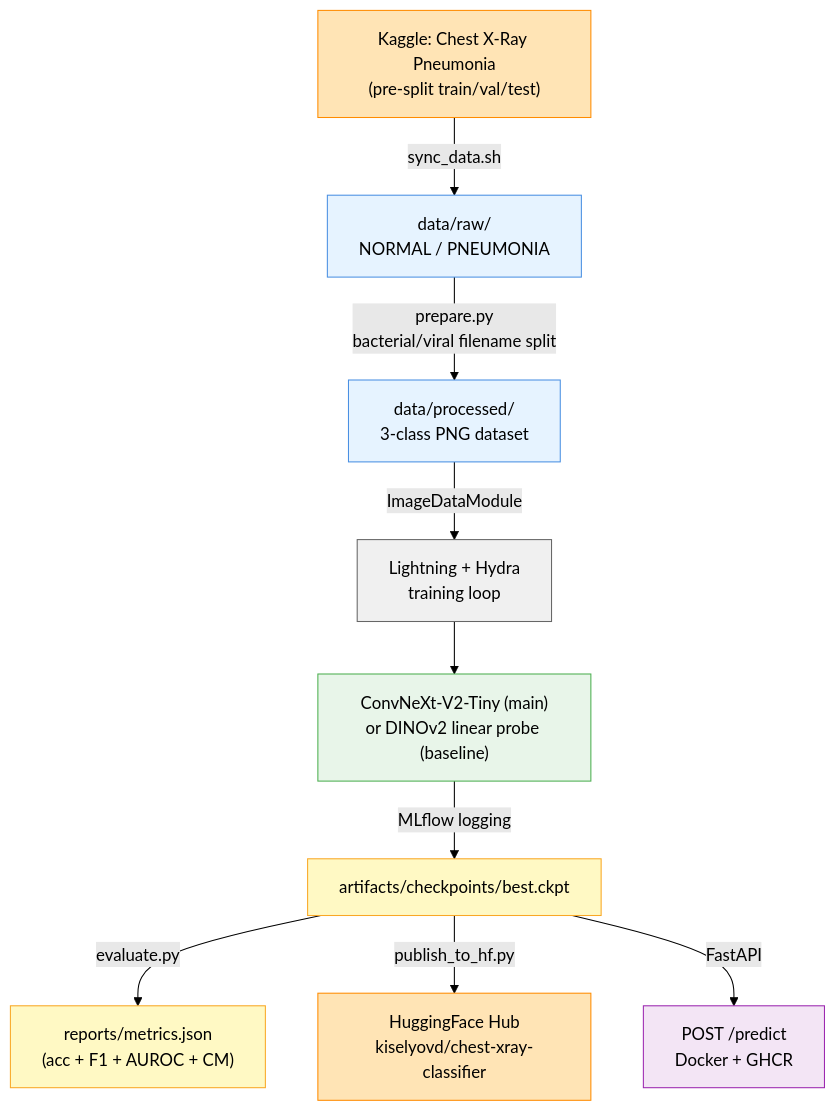
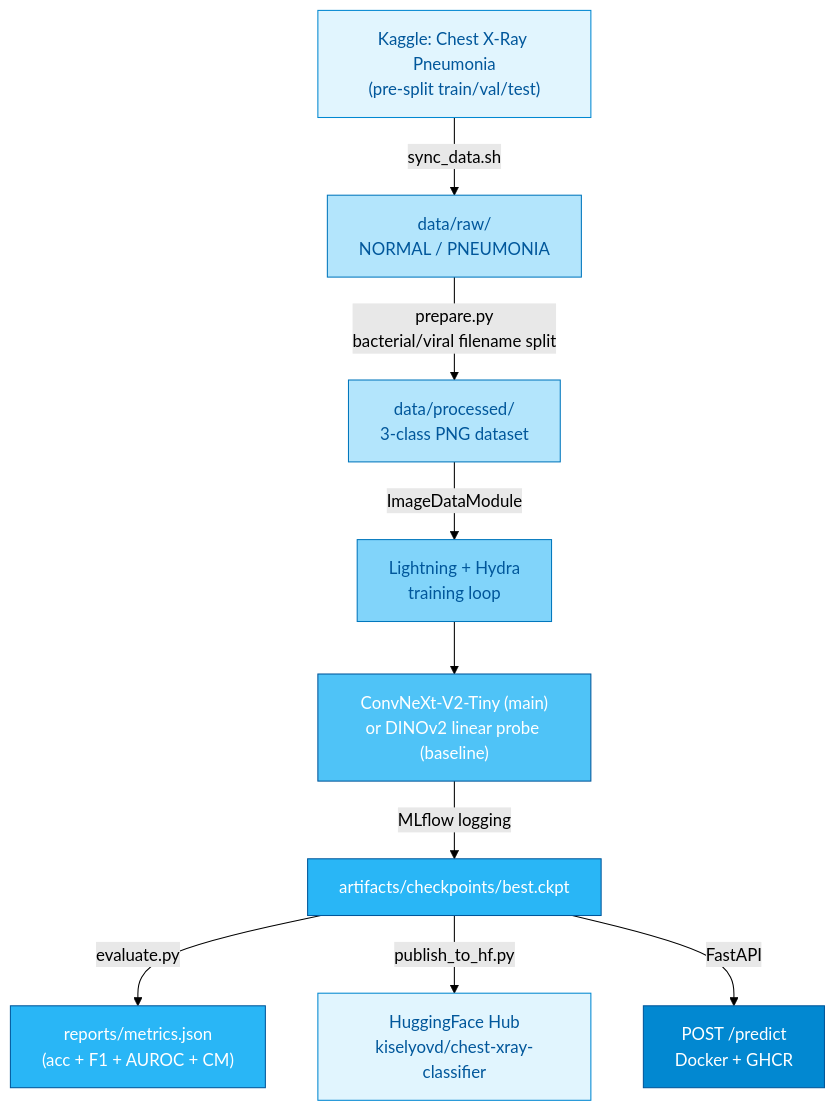
Before and after one commit to kiselyovd/chest-xray-classifier: the diagram in docs/architecture.md, drawn with Mermaid (forest theme).

Commit message:
style(arch): recolor mermaid flowchart in chest-xray light-blue palette

````diff
--- a/docs/architecture.md
+++ b/docs/architecture.md
@@ -5,19 +5,19 @@
 ```mermaid
 flowchart TD
     A["Kaggle: Chest X-Ray Pneumonia<br/>(pre-split train/val/test)"]:::external
     A -->|sync_data.sh| B["data/raw/<br/>NORMAL / PNEUMONIA"]:::data
     B -->|prepare.py<br/>bacterial/viral filename split| C["data/processed/<br/>3-class PNG dataset"]:::data
     C -->|ImageDataModule| D["Lightning + Hydra<br/>training loop"]:::code
     D --> E["ConvNeXt-V2-Tiny (main)<br/>or DINOv2 linear probe (baseline)"]:::model
     E -->|MLflow logging| F["artifacts/checkpoints/best.ckpt"]:::artifact
     F -->|evaluate.py| R["reports/metrics.json<br/>(acc + F1 + AUROC + CM)"]:::artifact
     F -->|publish_to_hf.py| G["HuggingFace Hub<br/>kiselyovd/chest-xray-classifier"]:::external
     F -->|FastAPI| H["POST /predict<br/>Docker + GHCR"]:::serve
 
-    classDef external fill:#FFE4B5,stroke:#FF8C00,color:#000
-    classDef data fill:#E6F3FF,stroke:#4A90E2,color:#000
-    classDef code fill:#F0F0F0,stroke:#666,color:#000
-    classDef model fill:#E8F5E9,stroke:#4CAF50,color:#000
-    classDef artifact fill:#FFF9C4,stroke:#F9A825,color:#000
-    classDef serve fill:#F3E5F5,stroke:#9C27B0,color:#000
+    classDef external fill:#E1F5FE,stroke:#0288D1,color:#01579B
+    classDef data fill:#B3E5FC,stroke:#0277BD,color:#01579B
+    classDef code fill:#81D4FA,stroke:#0277BD,color:#01579B
+    classDef model fill:#4FC3F7,stroke:#01579B,color:#fff
+    classDef artifact fill:#29B6F6,stroke:#01579B,color:#fff
+    classDef serve fill:#0288D1,stroke:#01579B,color:#fff
 ```
````
